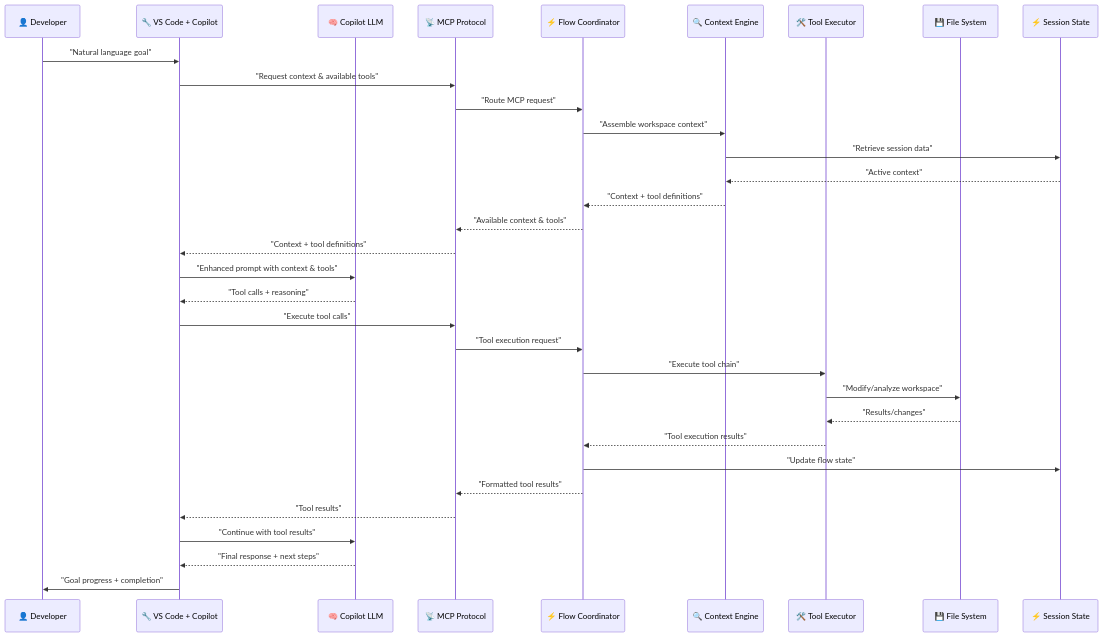
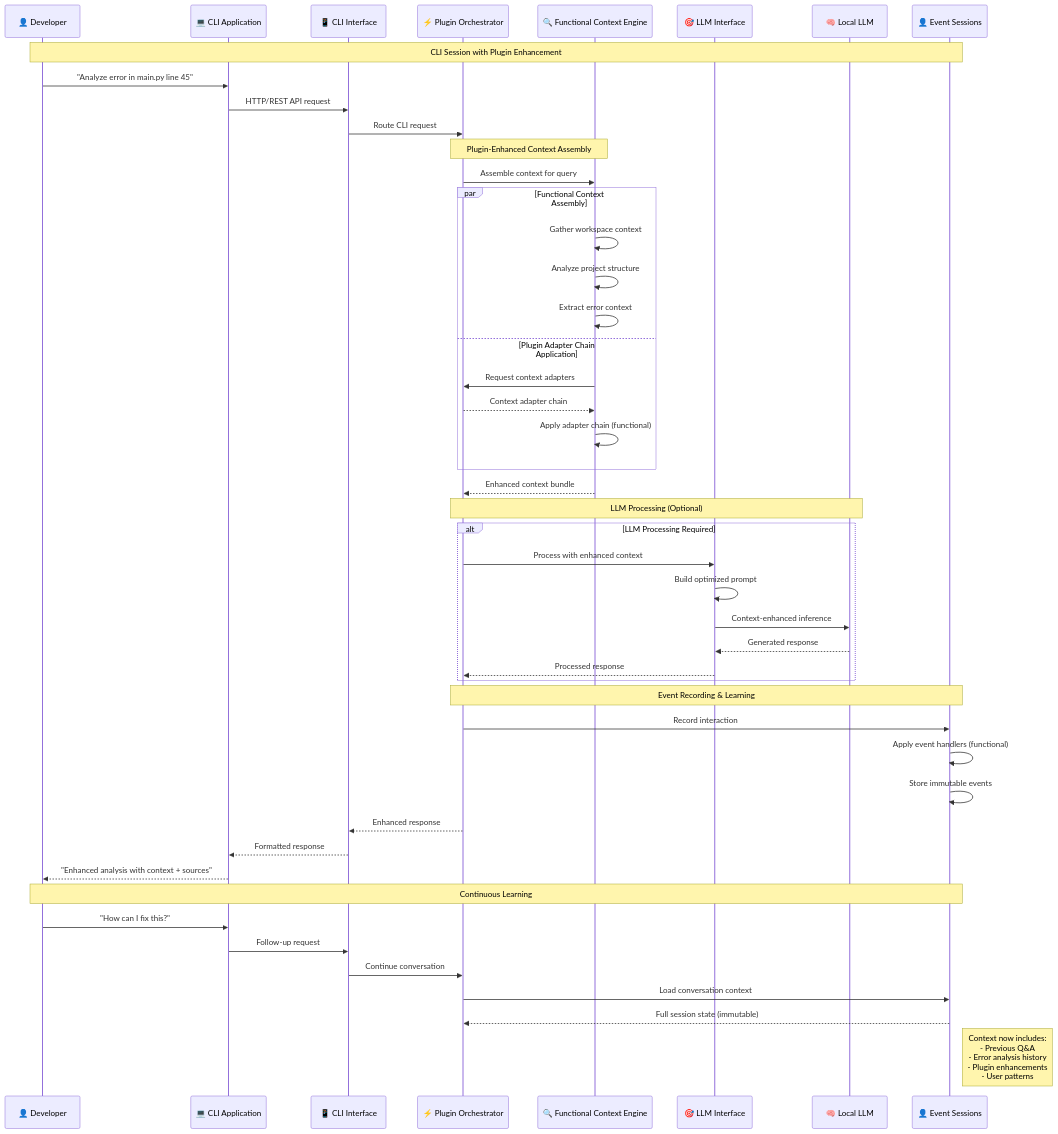
One commit to zhifengzhang-sz/mcp-server changed the fourth of 9 diagrams in docs/design/flow.phase.1.md. Above: the diagram before and after it, drawn with Mermaid. The commit also changed other lines of this file and 5 other files, not shown here.

````diff
--- a/docs/design/flow.phase.1.md
+++ b/docs/design/flow.phase.1.md
@@ -146,39 +145,59 @@
 ```mermaid
 sequenceDiagram
     participant User as 👤 Developer
-    participant VSCode as 🔧 VS Code + Copilot
-    participant CopilotLLM as 🧠 Copilot LLM
-    participant MCPProtocol as 📡 MCP Protocol
-    participant FlowCoordinator as ⚡ Flow Coordinator
-    participant ContextEngine as 🔍 Context Engine
-    participant ToolExecutor as 🛠️ Tool Executor
-    participant FileSystem as 💾 File System
-    participant SessionState as ⚡ Session State
+    participant CLI as 💻 CLI Application
+    participant CLIInterface as 📱 CLI Interface
+    participant PluginOrchestrator as ⚡ Plugin Orchestrator
+    participant FunctionalContext as 🔍 Functional Context Engine
+    participant LLMInterface as 🎯 LLM Interface
+    participant LocalLLM as 🧠 Local LLM
+    participant EventSessions as 👤 Event Sessions
     
-    User->>VSCode: "Natural language goal"
-    VSCode->>MCPProtocol: "Request context & available tools"
-    MCPProtocol->>FlowCoordinator: "Route MCP request"
-    FlowCoordinator->>ContextEngine: "Assemble workspace context"
-    ContextEngine->>SessionState: "Retrieve session data"
-    SessionState-->>ContextEngine: "Active context"
-    ContextEngine-->>FlowCoordinator: "Context + tool definitions"
-    FlowCoordinator-->>MCPProtocol: "Available context & tools"
-    MCPProtocol-->>VSCode: "Context + tool definitions"
+    Note over User, EventSessions: CLI Session with Plugin Enhancement
     
-    VSCode->>CopilotLLM: "Enhanced prompt with context & tools"
-    CopilotLLM-->>VSCode: "Tool calls + reasoning"
+    User->>CLI: "Analyze error in main.py line 45"
+    CLI->>CLIInterface: HTTP/REST API request
+    CLIInterface->>PluginOrchestrator: Route CLI request
     
-    VSCode->>MCPProtocol: "Execute tool calls"
-    MCPProtocol->>FlowCoordinator: "Tool execution request"
-    FlowCoordinator->>ToolExecutor: "Execute tool chain"
-    ToolExecutor->>FileSystem: "Modify/analyze workspace"
-    FileSystem-->>ToolExecutor: "Results/changes"
-    ToolExecutor-->>FlowCoordinator: "Tool execution results"
-    FlowCoordinator->>SessionState: "Update flow state"
-    FlowCoordinator-->>MCPProtocol: "Formatted tool results"
-    MCPProtocol-->>VSCode: "Tool results"
+    Note over PluginOrchestrator, FunctionalContext: Plugin-Enhanced Context Assembly
+    PluginOrchestrator->>FunctionalContext: Assemble context for query
     
-    VSCode->>CopilotLLM: "Continue with tool results"
-    CopilotLLM-->>VSCode: "Final response + next steps"
-    VSCode->>User: "Goal progress + completion"
+    par Functional Context Assembly
+        FunctionalContext->>FunctionalContext: Gather workspace context
+        FunctionalContext->>FunctionalContext: Analyze project structure
+        FunctionalContext->>FunctionalContext: Extract error context
+    and Plugin Adapter Chain Application
+        FunctionalContext->>PluginOrchestrator: Request context adapters
+        PluginOrchestrator-->>FunctionalContext: Context adapter chain
+        FunctionalContext->>FunctionalContext: Apply adapter chain (functional)
+    end
+    
+    FunctionalContext-->>PluginOrchestrator: Enhanced context bundle
+    
+    Note over PluginOrchestrator, LocalLLM: LLM Processing (Optional)
+    alt LLM Processing Required
+        PluginOrchestrator->>LLMInterface: Process with enhanced context
+        LLMInterface->>LLMInterface: Build optimized prompt
+        LLMInterface->>LocalLLM: Context-enhanced inference
+        LocalLLM-->>LLMInterface: Generated response
+        LLMInterface-->>PluginOrchestrator: Processed response
+    end
+    
+    Note over PluginOrchestrator, EventSessions: Event Recording & Learning
+    PluginOrchestrator->>EventSessions: Record interaction
+    EventSessions->>EventSessions: Apply event handlers (functional)
+    EventSessions->>EventSessions: Store immutable events
+    
+    PluginOrchestrator-->>CLIInterface: Enhanced response
+    CLIInterface-->>CLI: Formatted response
+    CLI-->>User: "Enhanced analysis with context + sources"
+    
+    Note over User, EventSessions: Continuous Learning
+    User->>CLI: "How can I fix this?"
+    CLI->>CLIInterface: Follow-up request
+    CLIInterface->>PluginOrchestrator: Continue conversation
+    PluginOrchestrator->>EventSessions: Load conversation context
+    EventSessions-->>PluginOrchestrator: Full session state (immutable)
+    
+    Note right of EventSessions: Context now includes:<br/>- Previous Q&A<br/>- Error analysis history<br/>- Plugin enhancements<br/>- User patterns
 ```
````
